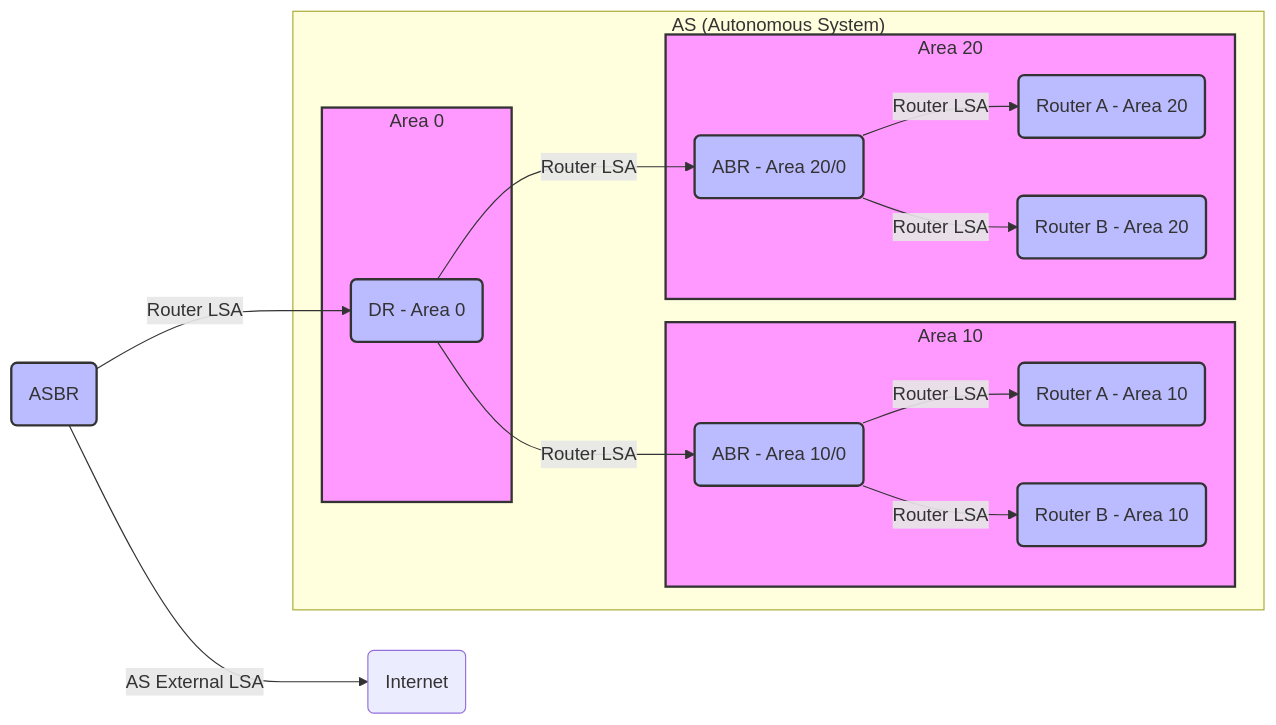
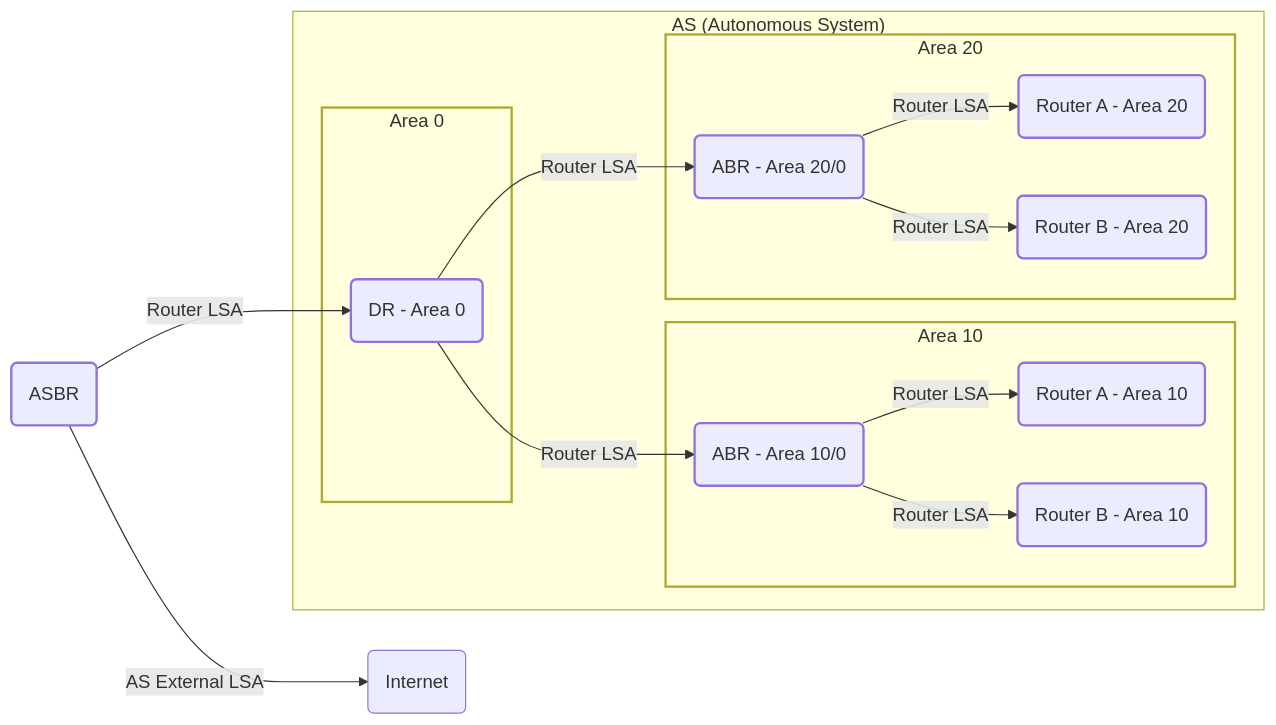
One commit to YamazakiNorihito/jekyll-serif-theme changed the third of 3 diagrams in src/_learning/net-spe-OSPF.md. Above: the diagram before and after it, drawn with Mermaid. The commit also changed other lines of this file and 70 other files, not shown here.

````diff
--- a/src/_learning/net-spe-OSPF.md
+++ b/src/_learning/net-spe-OSPF.md
@@ -172,36 +172,36 @@
 ```mermaid
 graph LR
     subgraph AS1["AS (Autonomous System)"]
         subgraph Area0["Area 0"]
             DR0(DR - Area 0)
         end
 
         subgraph Area10["Area 10"]
             ABR10_0(ABR - Area 10/0)
             Router10A(Router A - Area 10)
             Router10B(Router B - Area 10)
             ABR10_0 -->|Router LSA| Router10A
             ABR10_0 -->|Router LSA| Router10B
         end
 
         subgraph Area20["Area 20"]
             ABR20_0(ABR - Area 20/0)
             Router20A(Router A - Area 20)
             Router20B(Router B - Area 20)
             ABR20_0 -->|Router LSA| Router20A
             ABR20_0 -->|Router LSA| Router20B
         end
 
         DR0 -->|Router LSA| ABR10_0
         DR0 -->|Router LSA| ABR20_0
     end
 
     Internet(Internet)
     ASBR(ASBR) -->|AS External LSA| Internet
     ASBR -->|Router LSA| DR0
 
-    classDef area fill:#f9f,stroke:#333,stroke-width:2px;
-    classDef router fill:#bbf,stroke:#333,stroke-width:2px;
+    classDef area fill:##f9f,stroke:##333,stroke-width:2px;
+    classDef router fill:##bbf,stroke:##333,stroke-width:2px;
     class Area0,Area10,Area20 area;
     class DR0,ABR10_0,Router10A,Router10B,ABR20_0,Router20A,Router20B,ASBR router;
 ```
````
